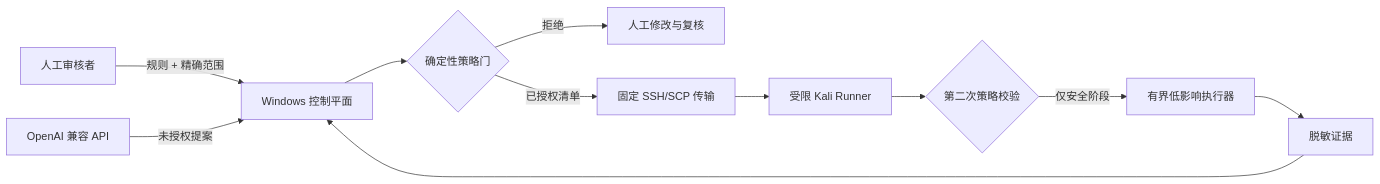
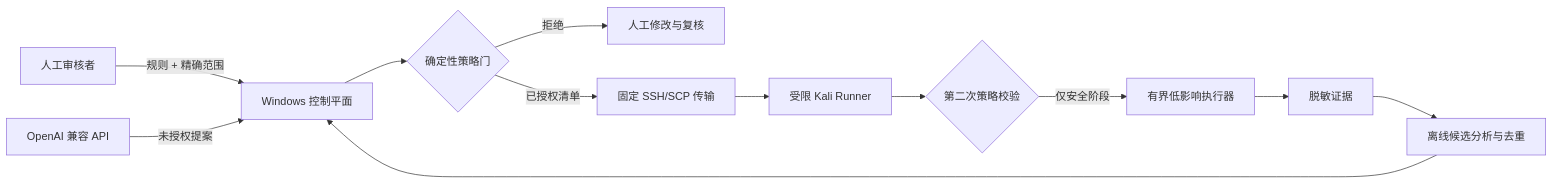
Before and after one commit to C-8H11N/aegis-scope: the diagram in README.md, drawn with Mermaid. The commit also changed other lines of this file and 34 other files, not shown here.

````diff
--- a/README.md
+++ b/README.md
@@ -86,13 +89,14 @@
 ```mermaid
 flowchart LR
     U["人工审核者"] -->|"规则 + 精确范围"| W["Windows 控制平面"]
     M["OpenAI 兼容 API"] -->|"未授权提案"| W
     W --> P{"确定性策略门"}
     P -->|"拒绝"| R["人工修改与复核"]
     P -->|"已授权清单"| T["固定 SSH/SCP 传输"]
     T --> K["受限 Kali Runner"]
     K --> P2{"第二次策略校验"}
     P2 -->|"仅安全阶段"| E["有界低影响执行器"]
     E --> D["脱敏证据"]
-    D --> W
+    D --> A["离线候选分析与去重"]
+    A --> W
 ```
````
